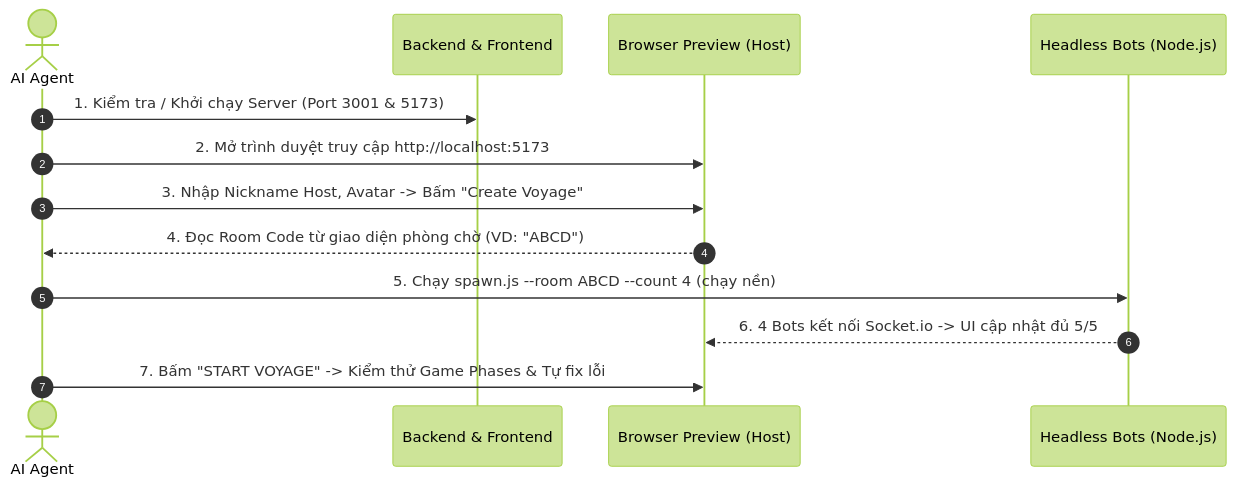
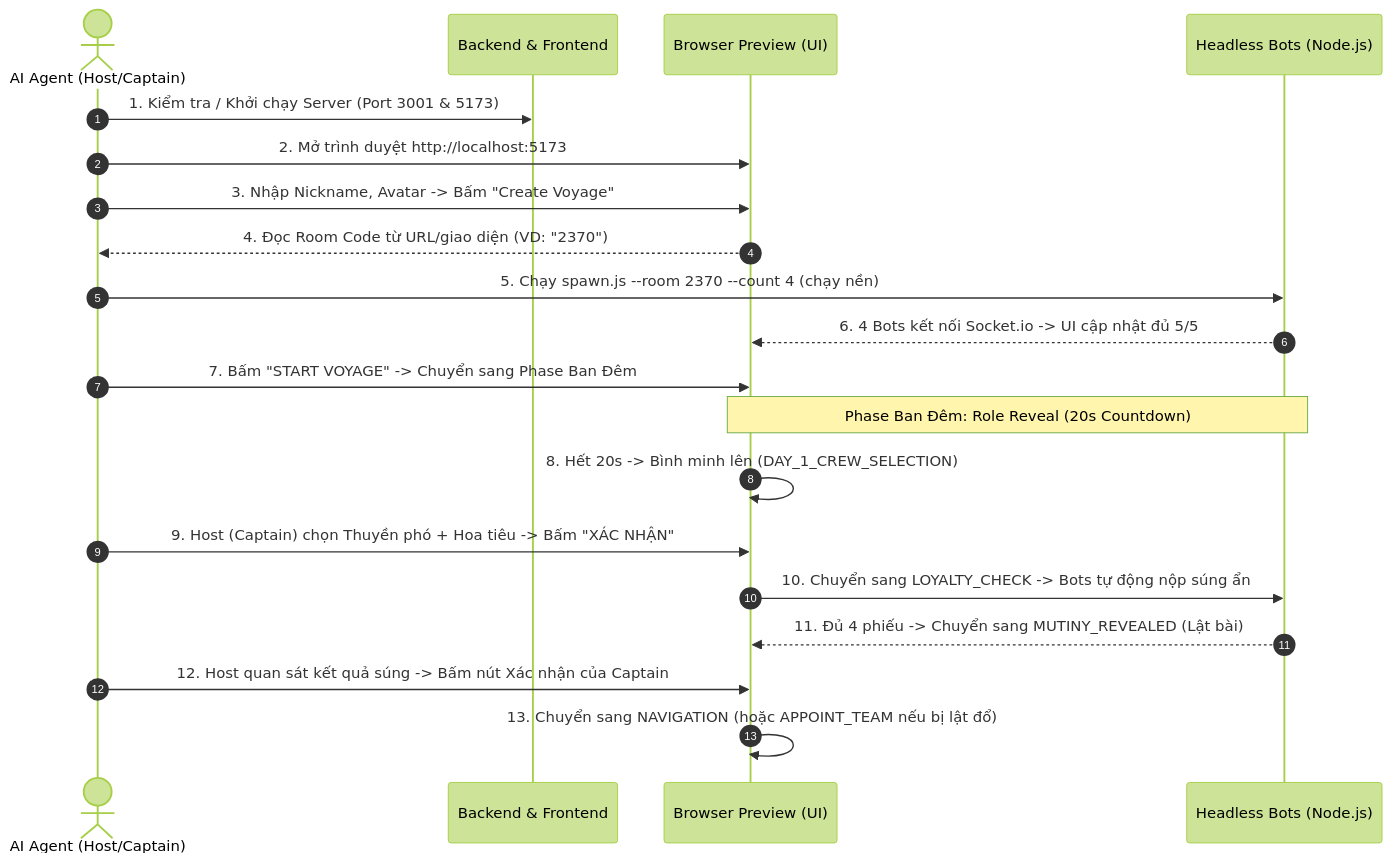
Before and after one commit to tiendat2411/feed-the-kraken: the diagram in .agents/workflows/rule-e2e-testing.md, drawn with Mermaid (forest theme). The commit also changed other lines of this file and 2 other files, not shown here.

First line of the commit message:
docs(workflows): update rule-e2e-testing with Phase 4 Mutiny and Appoint flows

````diff
--- a/.agents/workflows/rule-e2e-testing.md
+++ b/.agents/workflows/rule-e2e-testing.md
@@ -13,16 +13,23 @@
 ```mermaid
 sequenceDiagram
     autonumber
-    actor AI as AI Agent
+    actor AI as AI Agent (Host/Captain)
     participant Srv as Backend & Frontend
-    participant Browser as Browser Preview (Host)
+    participant Browser as Browser Preview (UI)
     participant Bots as Headless Bots (Node.js)
     
     AI->>Srv: 1. Kiểm tra / Khởi chạy Server (Port 3001 & 5173)
-    AI->>Browser: 2. Mở trình duyệt truy cập http://localhost:5173
-    AI->>Browser: 3. Nhập Nickname Host, Avatar -> Bấm "Create Voyage"
-    Browser-->>AI: 4. Đọc Room Code từ giao diện phòng chờ (VD: "ABCD")
-    AI->>Bots: 5. Chạy spawn.js --room ABCD --count 4 (chạy nền)
+    AI->>Browser: 2. Mở trình duyệt http://localhost:5173
+    AI->>Browser: 3. Nhập Nickname, Avatar -> Bấm "Create Voyage"
+    Browser-->>AI: 4. Đọc Room Code từ URL/giao diện (VD: "2370")
+    AI->>Bots: 5. Chạy spawn.js --room 2370 --count 4 (chạy nền)
     Bots-->>Browser: 6. 4 Bots kết nối Socket.io -> UI cập nhật đủ 5/5
-    AI->>Browser: 7. Bấm "START VOYAGE" -> Kiểm thử Game Phases & Tự fix lỗi
+    AI->>Browser: 7. Bấm "START VOYAGE" -> Chuyển sang Phase Ban Đêm
+    Note over Browser,Bots: Phase Ban Đêm: Role Reveal (20s Countdown)
+    Browser->>Browser: 8. Hết 20s -> Bình minh lên (DAY_1_CREW_SELECTION)
+    AI->>Browser: 9. Host (Captain) chọn Thuyền phó + Hoa tiêu -> Bấm "XÁC NHẬN"
+    Browser->>Bots: 10. Chuyển sang LOYALTY_CHECK -> Bots tự động nộp súng ẩn
+    Bots-->>Browser: 11. Đủ 4 phiếu -> Chuyển sang MUTINY_REVEALED (Lật bài)
+    AI->>Browser: 12. Host quan sát kết quả súng -> Bấm nút Xác nhận của Captain
+    Browser->>Browser: 13. Chuyển sang NAVIGATION (hoặc APPOINT_TEAM nếu bị lật đổ)
 ```
````
